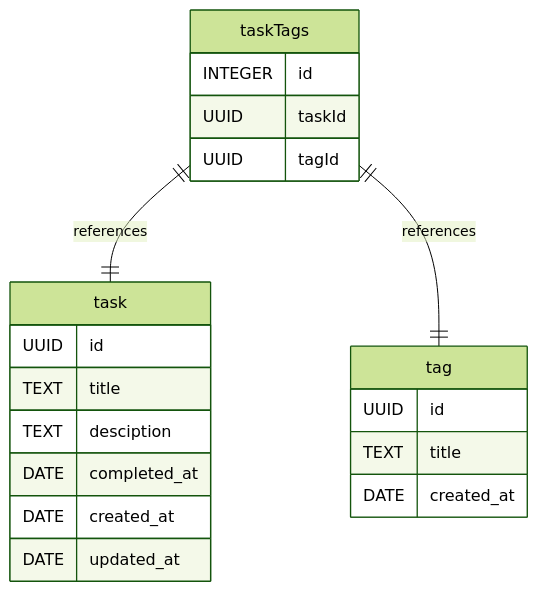
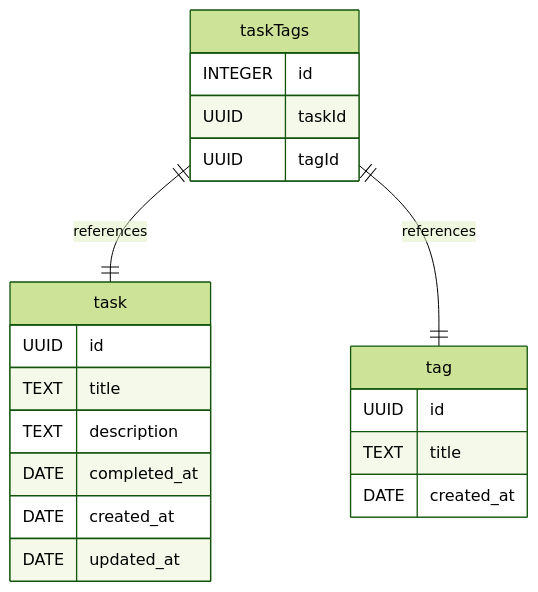
Before and after one commit to gabrielwitor/Yata: the first of 2 diagrams in README.md, drawn with Mermaid (forest theme). The commit also changed other lines of this file and 2 other files, not shown here.

Commit message:
chore: remove db.json file and update gitignore, fixes docs spelling mistake

````diff
--- a/README.md
+++ b/README.md
@@ -51,26 +51,26 @@
 ```mermaid
 erDiagram
 	taskTags ||--|| task : references
 	taskTags ||--|| tag : references
 
 	task {
 		UUID id
 		TEXT title
-		TEXT desciption
+		TEXT description
 		DATE completed_at
 		DATE created_at
 		DATE updated_at
 	}
 
 	tag {
 		UUID id
 		TEXT title
 		DATE created_at
 	}
 
 	taskTags {
 		INTEGER id
 		UUID taskId
 		UUID tagId
 	}
 ```
````
